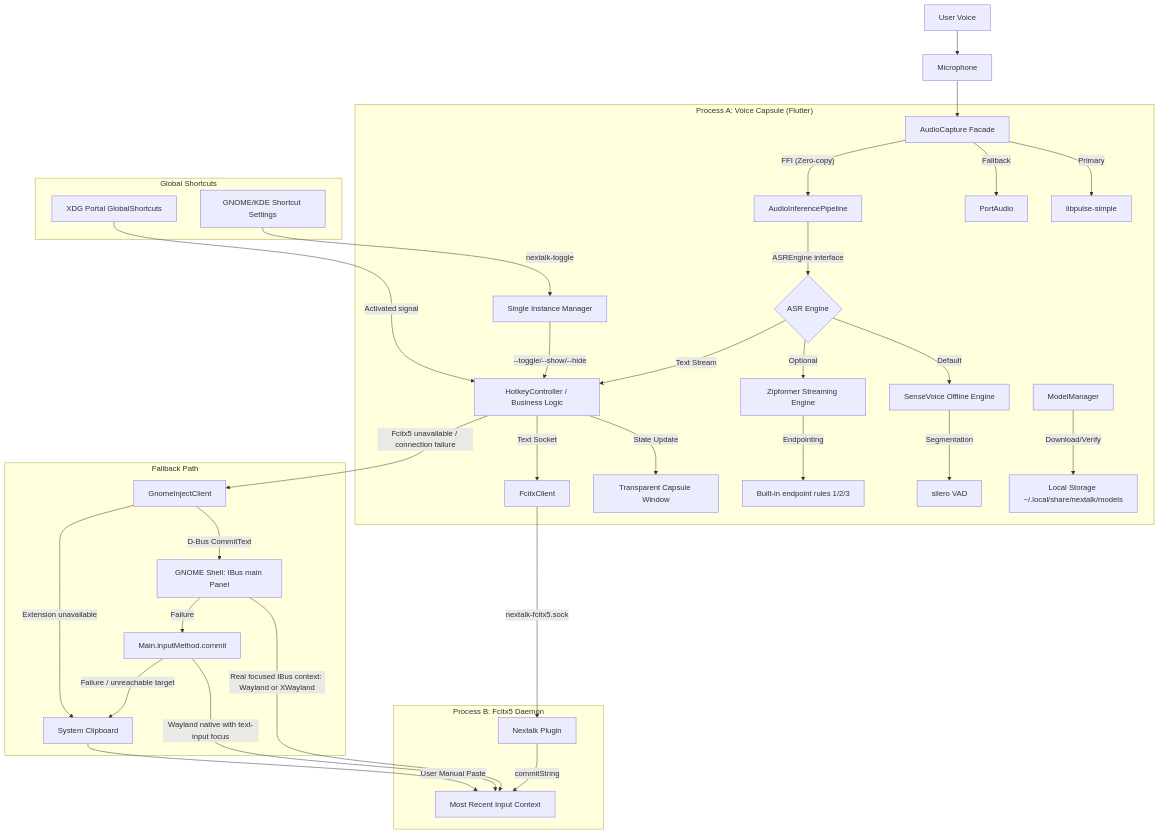
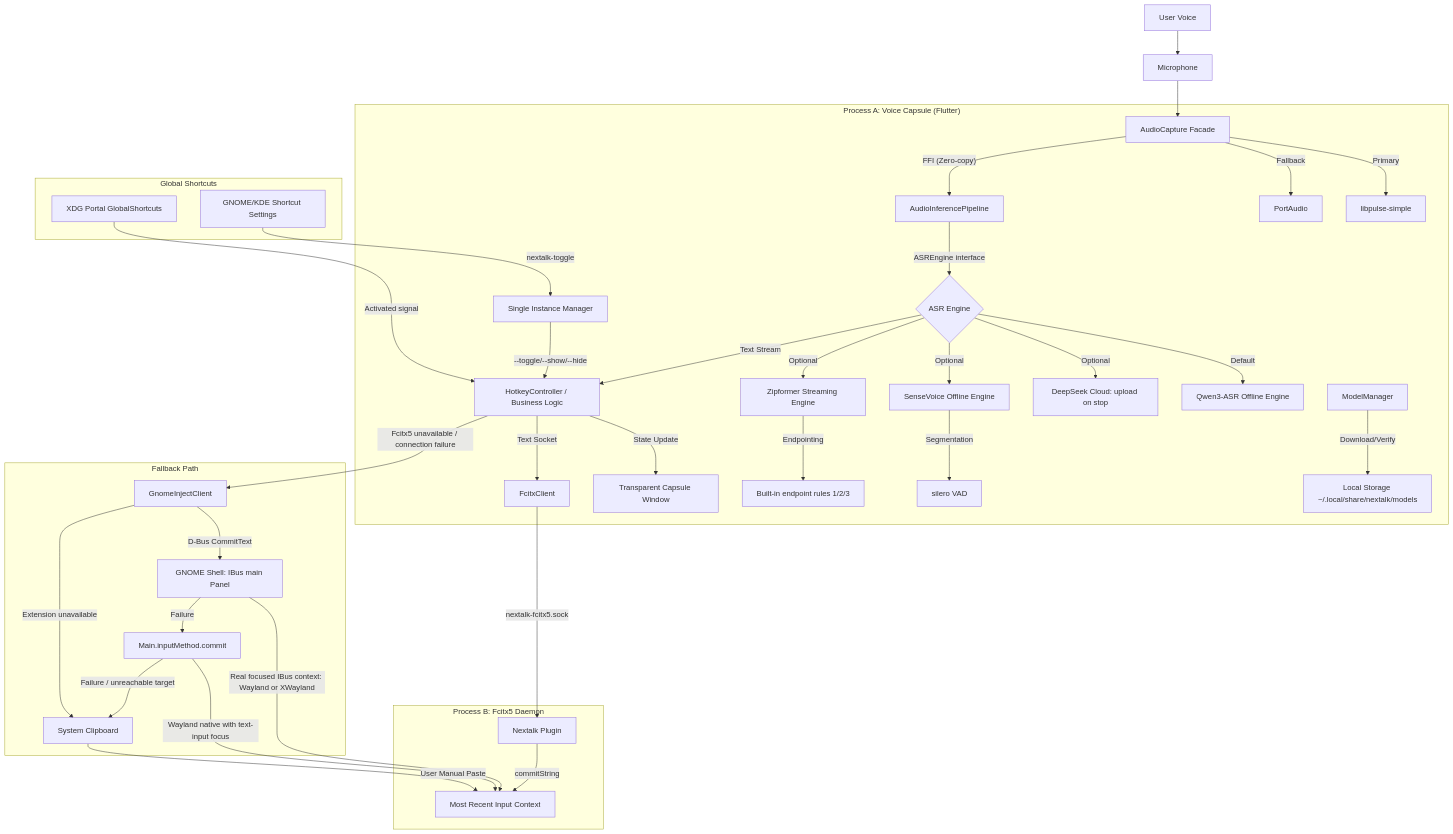
Before and after one commit to gonewx/nextalk: the diagram in docs/architecture.md, drawn with Mermaid. The commit also changed other lines of this file and 8 other files, not shown here.

````diff
--- a/docs/architecture.md
+++ b/docs/architecture.md
@@ -26,42 +27,44 @@
 ```mermaid
 graph TD
     User[User Voice] --> Mic[Microphone]
     Mic --> Capture[AudioCapture Facade]
 
     subgraph "Process A: Voice Capsule (Flutter)"
         Capture -- "Primary" --> Pulse[libpulse-simple]
         Capture -- "Fallback" --> PA[PortAudio]
         Capture -- "FFI (Zero-copy)" --> Pipeline[AudioInferencePipeline]
         Pipeline -- "ASREngine interface" --> Engine{ASR Engine}
-        Engine -- "Default" --> SV[SenseVoice Offline Engine]
+        Engine -- "Default" --> QW[Qwen3-ASR Offline Engine]
+        Engine -- "Optional" --> DS[DeepSeek Cloud: upload on stop]
+        Engine -- "Optional" --> SV[SenseVoice Offline Engine]
         Engine -- "Optional" --> ZF[Zipformer Streaming Engine]
         SV -- "Segmentation" --> VAD[silero VAD]
         ZF -- "Endpointing" --> EP[Built-in endpoint rules 1/2/3]
         Engine -- "Text Stream" --> Logic[HotkeyController / Business Logic]
         Logic -- "State Update" --> UI[Transparent Capsule Window]
         Logic -- "Text Socket" --> IPC_Text[FcitxClient]
         SingleInstance[Single Instance Manager] -- "--toggle/--show/--hide" --> Logic
         ModelMgr[ModelManager] -- "Download/Verify" --> Storage[Local Storage ~/.local/share/nextalk/models]
     end
 
     subgraph "Process B: Fcitx5 Daemon"
         IPC_Text -- "nextalk-fcitx5.sock" --> IPC_Server[Nextalk Plugin]
         IPC_Server -- "commitString" --> TargetApp[Most Recent Input Context]
     end
 
     subgraph "Global Shortcuts"
         Portal[XDG Portal GlobalShortcuts] -- "Activated signal" --> Logic
         SystemShortcut[GNOME/KDE Shortcut Settings] -- "nextalk-toggle" --> SingleInstance
     end
 
     subgraph "Fallback Path"
         Logic -- "Fcitx5 unavailable / connection failure" --> GNOME[GnomeInjectClient]
         GNOME -- "D-Bus CommitText" --> Panel[GNOME Shell: IBus main Panel]
         Panel -- "Real focused IBus context: Wayland or XWayland" --> TargetApp
         Panel -- "Failure" --> IM[Main.inputMethod.commit]
         IM -- "Wayland native with text-input focus" --> TargetApp
         GNOME -- "Extension unavailable" --> Clipboard[System Clipboard]
         IM -- "Failure / unreachable target" --> Clipboard
         Clipboard -- "User Manual Paste" --> TargetApp
     end
 ```
````
